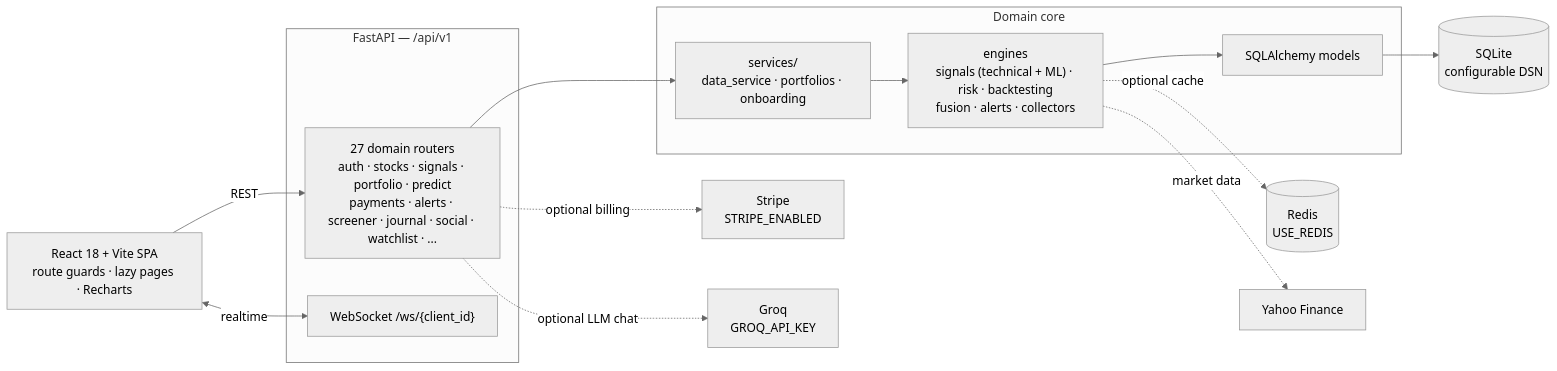
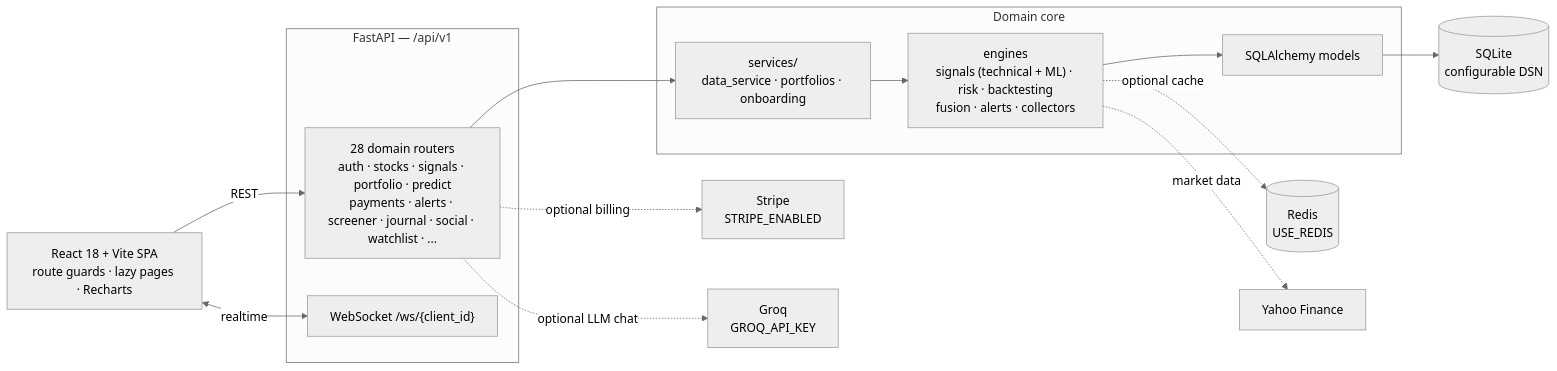
The diagram in README.md (BerlinDeskMudit/kingswork-trading-intelligence), drawn with Mermaid (neutral theme) before and after one commit. The commit also changed other lines of this file and 6 other files, not shown here.

````diff
--- a/README.md
+++ b/README.md
@@ -39,29 +39,29 @@
 ```mermaid
 flowchart LR
     UI["React 18 + Vite SPA<br/>route guards · lazy pages · Recharts"]
 
     subgraph API["FastAPI — /api/v1"]
-        R["27 domain routers<br/>auth · stocks · signals · portfolio · predict<br/>payments · alerts · screener · journal · social · watchlist · ..."]
+        R["28 domain routers<br/>auth · stocks · signals · portfolio · predict<br/>payments · alerts · screener · journal · social · watchlist · ..."]
         WS["WebSocket /ws/{client_id}"]
     end
 
     subgraph CORE["Domain core"]
         SVC["services/<br/>data_service · portfolios · onboarding"]
         ENG["engines<br/>signals (technical + ML) · risk · backtesting<br/>fusion · alerts · collectors"]
         ORM["SQLAlchemy models"]
     end
 
     DB[("SQLite<br/>configurable DSN")]
     REDIS[("Redis<br/>USE_REDIS")]
     YAHOO["Yahoo Finance"]
     STRIPE["Stripe<br/>STRIPE_ENABLED"]
     GROQ["Groq<br/>GROQ_API_KEY"]
 
     UI -->|REST| R
     UI <-->|realtime| WS
     R --> SVC --> ENG --> ORM --> DB
     ENG -.->|optional cache| REDIS
     ENG -.->|market data| YAHOO
     R -.->|optional billing| STRIPE
     R -.->|optional LLM chat| GROQ
 ```
````
